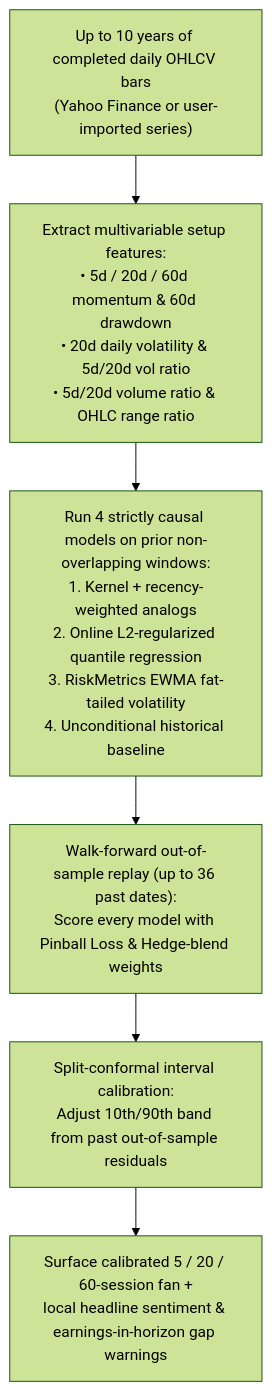
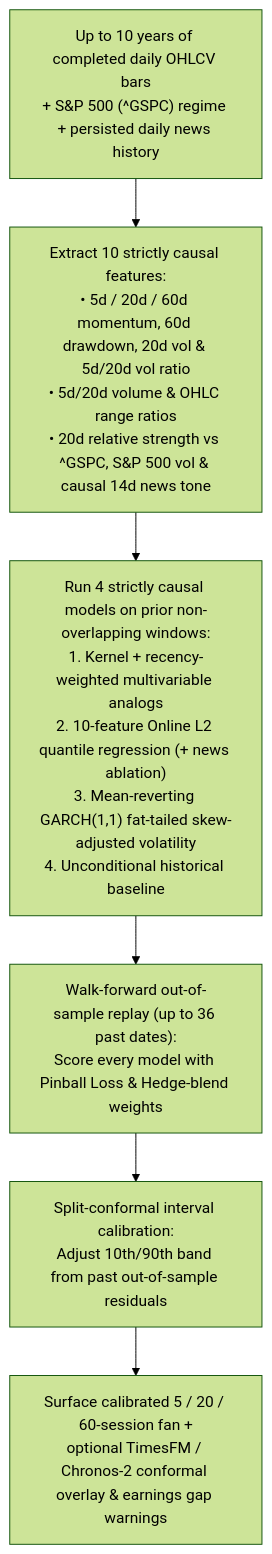
One commit to bnelabs/tenerus changed the second of 2 diagrams in README.md. Above: the diagram before and after it, drawn with Mermaid (forest theme). The commit also changed other lines of this file and 19 other files, not shown here.

Commit message:
Complete Tiers 1-3: S&P 500 regime/alpha, GARCH(1,1), news ablation, and Chronos-2/TimesFM conformal bridge (v0.8.0)

````diff
--- a/README.md
+++ b/README.md
@@ -144,8 +144,8 @@
 ```mermaid
 flowchart TD
-    A["Up to 10 years of completed daily OHLCV bars<br/>(Yahoo Finance or user-imported series)"] --> B["Extract multivariable setup features:<br/>• 5d / 20d / 60d momentum & 60d drawdown<br/>• 20d daily volatility & 5d/20d vol ratio<br/>• 5d/20d volume ratio & OHLC range ratio"]
-    B --> C["Run 4 strictly causal models on prior non-overlapping windows:<br/>1. Kernel + recency-weighted analogs<br/>2. Online L2-regularized quantile regression<br/>3. RiskMetrics EWMA fat-tailed volatility<br/>4. Unconditional historical baseline"]
+    A["Up to 10 years of completed daily OHLCV bars<br/>+ S&P 500 (^GSPC) regime + persisted daily news history"] --> B["Extract 10 strictly causal features:<br/>• 5d / 20d / 60d momentum, 60d drawdown, 20d vol & 5d/20d vol ratio<br/>• 5d/20d volume & OHLC range ratios<br/>• 20d relative strength vs ^GSPC, S&P 500 vol & causal 14d news tone"]
+    B --> C["Run 4 strictly causal models on prior non-overlapping windows:<br/>1. Kernel + recency-weighted multivariable analogs<br/>2. 10-feature Online L2 quantile regression (+ news ablation)<br/>3. Mean-reverting GARCH(1,1) fat-tailed skew-adjusted volatility<br/>4. Unconditional historical baseline"]
     C --> D["Walk-forward out-of-sample replay (up to 36 past dates):<br/>Score every model with Pinball Loss & Hedge-blend weights"]
     D --> E["Split-conformal interval calibration:<br/>Adjust 10th/90th band from past out-of-sample residuals"]
-    E --> F["Surface calibrated 5 / 20 / 60-session fan +<br/>local headline sentiment & earnings-in-horizon gap warnings"]
+    E --> F["Surface calibrated 5 / 20 / 60-session fan +<br/>optional TimesFM / Chronos-2 conformal overlay & earnings gap warnings"]
 ```
````
